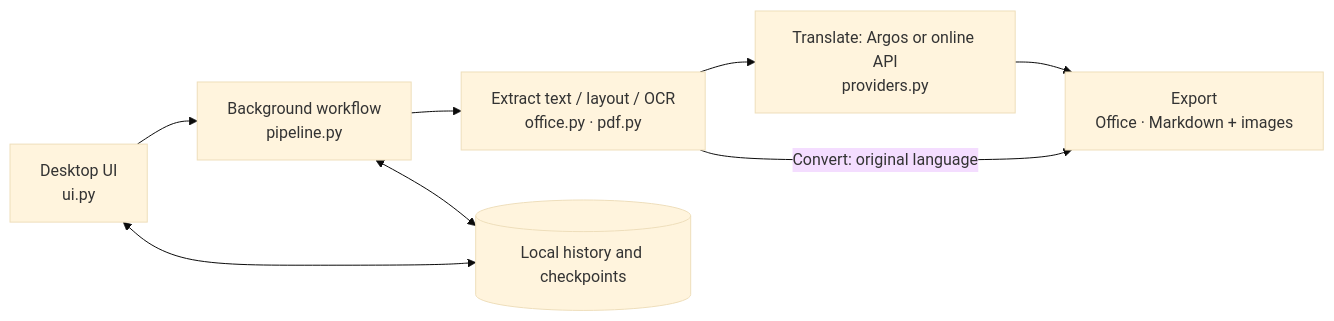
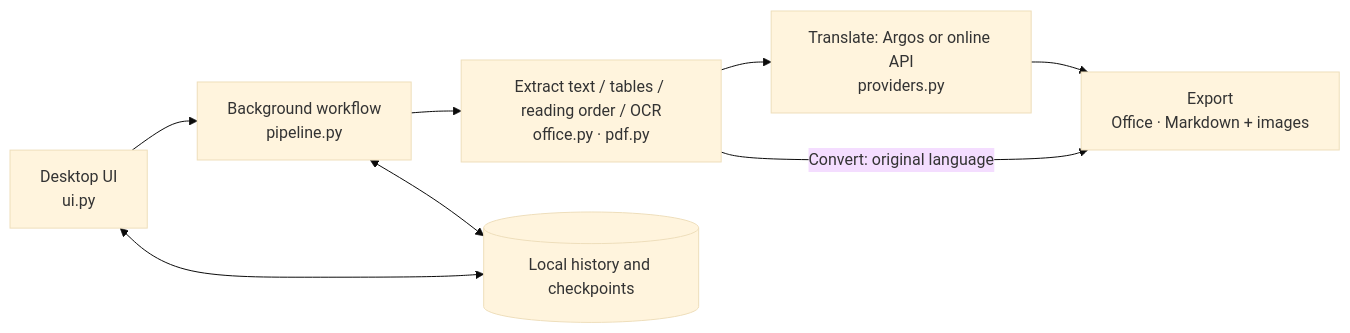
One commit to ThuongHong/DocBridge changed the diagram in README.md. Above: the diagram before and after it, drawn with Mermaid (base theme). The commit also changed other lines of this file and 29 other files, not shown here.

````diff
--- a/README.md
+++ b/README.md
@@ -22,17 +22,17 @@
 ```mermaid
 flowchart LR
     UI["Desktop UI<br/>ui.py"]
     Pipeline["Background workflow<br/>pipeline.py"]
-    Parse["Extract text / layout / OCR<br/>office.py · pdf.py"]
+    Parse["Extract text / tables / reading order / OCR<br/>office.py · pdf.py"]
     Translate["Translate: Argos or online API<br/>providers.py"]
     Export["Export<br/>Office · Markdown + images"]
     Store[("Local history and checkpoints")]
 
     UI --> Pipeline
     Pipeline --> Parse
     Parse --> Translate
     Translate --> Export
     Parse -->|Convert: original language| Export
     UI <--> Store
     Pipeline <--> Store
 ```
````
